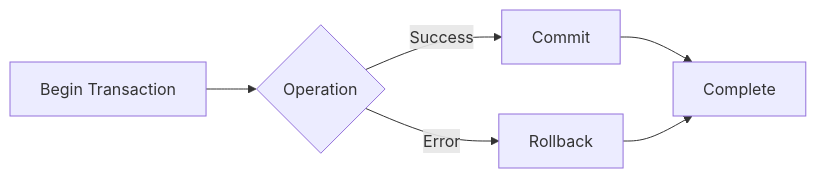
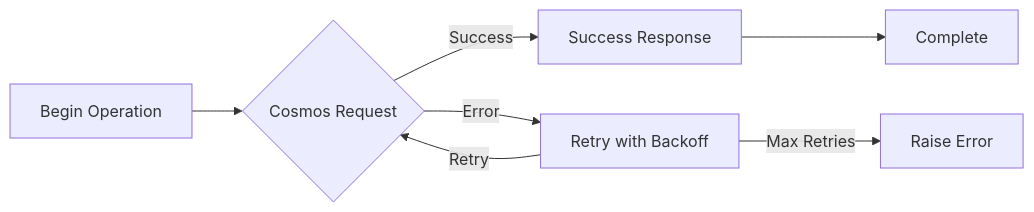
Before and after one commit to nirnaykhatri/alpha-trader: the sixth of 11 diagrams in docs/ADAPTERS_INDEX.md, drawn with Mermaid. The commit also changed other lines of this file and 164 other files, not shown here.

````diff
--- a/docs/ADAPTERS_INDEX.md
+++ b/docs/ADAPTERS_INDEX.md
@@ -290,8 +303,9 @@
 ```mermaid
 flowchart LR
-    A[Begin Transaction] --> B{Operation}
-    B -->|Success| C[Commit]
-    B -->|Error| D[Rollback]
+    A[Begin Operation] --> B{Cosmos Request}
+    B -->|Success| C[Success Response]
+    B -->|Error| D[Retry with Backoff]
     C --> E[Complete]
-    D --> E
+    D -->|Max Retries| F[Raise Error]
+    D -->|Retry| B
 ```
````
